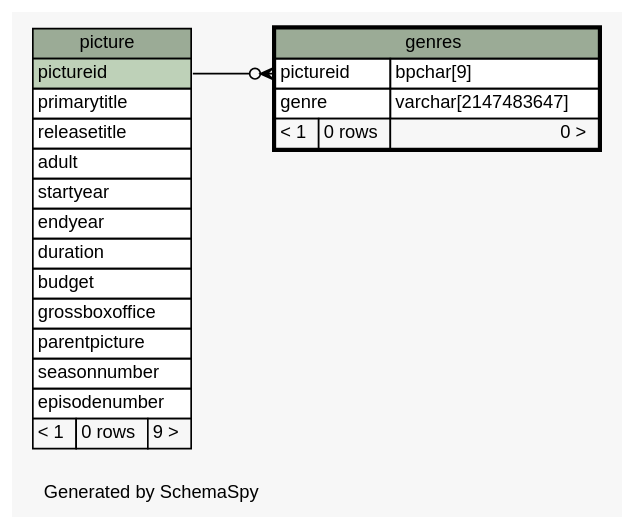
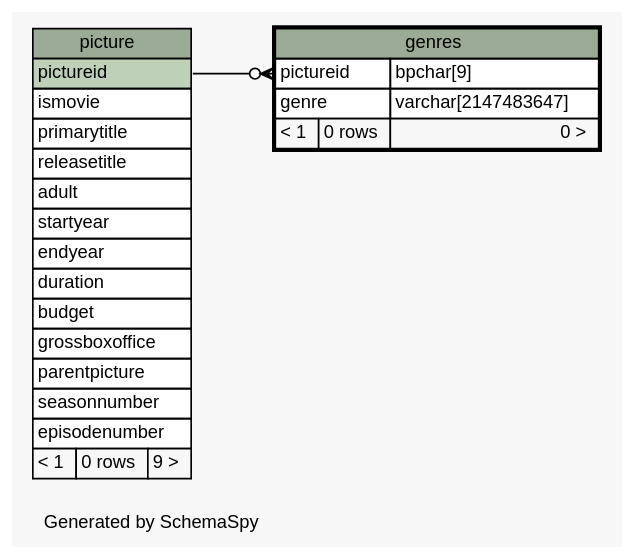
The diagram in populating-tables/schemaspy/diagrams/genres.1degree.dot (sipian/CS3563-DBMS), drawn with Graphviz before and after one commit. The commit also changed 66 other files, not shown here.

Commit message:
add diagram for latest schema

```diff
--- a/populating-tables/schemaspy/diagrams/genres.1degree.dot
+++ b/populating-tables/schemaspy/diagrams/genres.1degree.dot
@@ -1,55 +1,56 @@
 // dot 2.38.0 on Linux 4.13.0-32-generic
 // SchemaSpy rev 590
 digraph "oneDegreeRelationshipsDiagram" {
   graph [
     rankdir="RL"
     bgcolor="#f7f7f7"
     label="\nGenerated by SchemaSpy"
     labeljust="l"
     nodesep="0.18"
     ranksep="0.46"
     fontname="Helvetica"
     fontsize="11"
   ];
   node [
     fontname="Helvetica"
     fontsize="11"
     shape="plaintext"
   ];
   edge [
     arrowsize="0.8"
   ];
   "genres":"pictureid":w -> "picture":"pictureid":e [arrowhead=none dir=back arrowtail=crowodot];
   "genres" [
     label=<
     <TABLE BORDER="2" CELLBORDER="1" CELLSPACING="0" BGCOLOR="#ffffff">
       <TR><TD COLSPAN="3" BGCOLOR="#9bab96" ALIGN="CENTER">genres</TD></TR>
       <TR><TD PORT="pictureid" COLSPAN="2" ALIGN="LEFT">pictureid</TD><TD PORT="pictureid.type" ALIGN="LEFT">bpchar[9]</TD></TR>
       <TR><TD PORT="genre" COLSPAN="2" ALIGN="LEFT">genre</TD><TD PORT="genre.type" ALIGN="LEFT">varchar[2147483647]</TD></TR>
       <TR><TD ALIGN="LEFT" BGCOLOR="#f7f7f7">&lt; 1</TD><TD ALIGN="RIGHT" BGCOLOR="#f7f7f7">0 rows</TD><TD ALIGN="RIGHT" BGCOLOR="#f7f7f7">0 &gt;</TD></TR>
     </TABLE>>
     URL="genres.html"
     tooltip="genres"
   ];
   "picture" [
     label=<
     <TABLE BORDER="0" CELLBORDER="1" CELLSPACING="0" BGCOLOR="#ffffff">
       <TR><TD COLSPAN="3" BGCOLOR="#9bab96" ALIGN="CENTER">picture</TD></TR>
       <TR><TD PORT="pictureid" COLSPAN="3" BGCOLOR="#bed1b8" ALIGN="LEFT">pictureid</TD></TR>
+      <TR><TD PORT="ismovie" COLSPAN="3" ALIGN="LEFT">ismovie</TD></TR>
       <TR><TD PORT="primarytitle" COLSPAN="3" ALIGN="LEFT">primarytitle</TD></TR>
       <TR><TD PORT="releasetitle" COLSPAN="3" ALIGN="LEFT">releasetitle</TD></TR>
       <TR><TD PORT="adult" COLSPAN="3" ALIGN="LEFT">adult</TD></TR>
       <TR><TD PORT="startyear" COLSPAN="3" ALIGN="LEFT">startyear</TD></TR>
       <TR><TD PORT="endyear" COLSPAN="3" ALIGN="LEFT">endyear</TD></TR>
       <TR><TD PORT="duration" COLSPAN="3" ALIGN="LEFT">duration</TD></TR>
       <TR><TD PORT="budget" COLSPAN="3" ALIGN="LEFT">budget</TD></TR>
       <TR><TD PORT="grossboxoffice" COLSPAN="3" ALIGN="LEFT">grossboxoffice</TD></TR>
       <TR><TD PORT="parentpicture" COLSPAN="3" ALIGN="LEFT">parentpicture</TD></TR>
       <TR><TD PORT="seasonnumber" COLSPAN="3" ALIGN="LEFT">seasonnumber</TD></TR>
       <TR><TD PORT="episodenumber" COLSPAN="3" ALIGN="LEFT">episodenumber</TD></TR>
       <TR><TD ALIGN="LEFT" BGCOLOR="#f7f7f7">&lt; 1</TD><TD ALIGN="RIGHT" BGCOLOR="#f7f7f7">0 rows</TD><TD ALIGN="RIGHT" BGCOLOR="#f7f7f7">9 &gt;</TD></TR>
     </TABLE>>
     URL="picture.html"
     tooltip="picture"
   ];
 }
```
